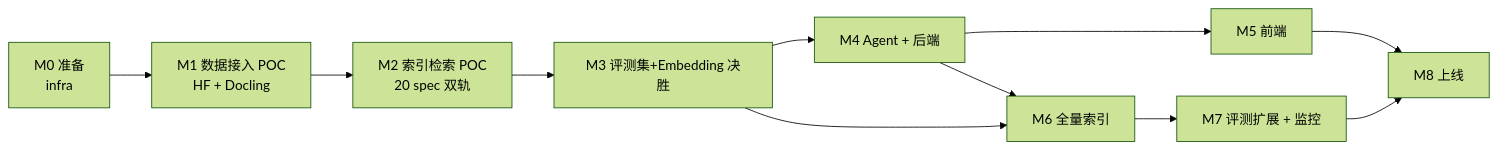
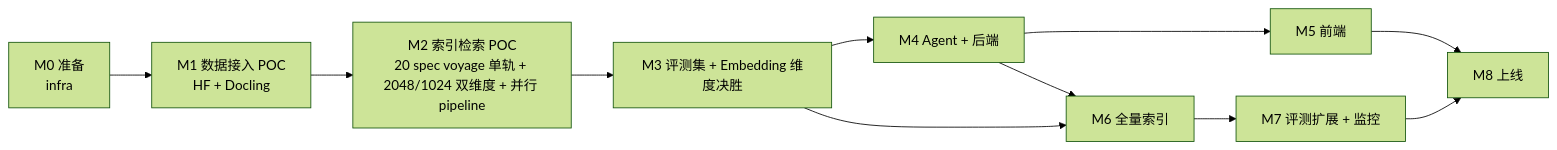
One commit to EpisodeYu/3GPP-Everything changed the second of 2 diagrams in docs/03-development/00-overview.md. Above: the diagram before and after it, drawn with Mermaid (forest theme). The commit also changed other lines of this file and 13 other files, not shown here.

First line of the commit message:
docs(handoff): M1→M2 过渡决策落地 - voyage 单轨 + 维度 ablation + 并行 pipeline 预案

````diff
--- a/docs/03-development/00-overview.md
+++ b/docs/03-development/00-overview.md
@@ -78,13 +83,13 @@
 ```mermaid
 graph LR
     M0["M0 准备<br/>infra"] --> M1["M1 数据接入 POC<br/>HF + Docling"]
-    M1 --> M2["M2 索引检索 POC<br/>20 spec 双轨"]
-    M2 --> M3["M3 评测集+Embedding 决胜"]
+    M1 --> M2["M2 索引检索 POC<br/>20 spec voyage 单轨 + 2048/1024 双维度 + 并行 pipeline"]
+    M2 --> M3["M3 评测集 + Embedding 维度决胜"]
     M3 --> M4["M4 Agent + 后端"]
     M4 --> M5["M5 前端"]
     M3 --> M6["M6 全量索引"]
     M4 --> M6
     M6 --> M7["M7 评测扩展 + 监控"]
     M5 --> M8["M8 上线"]
     M7 --> M8
 ```
````
